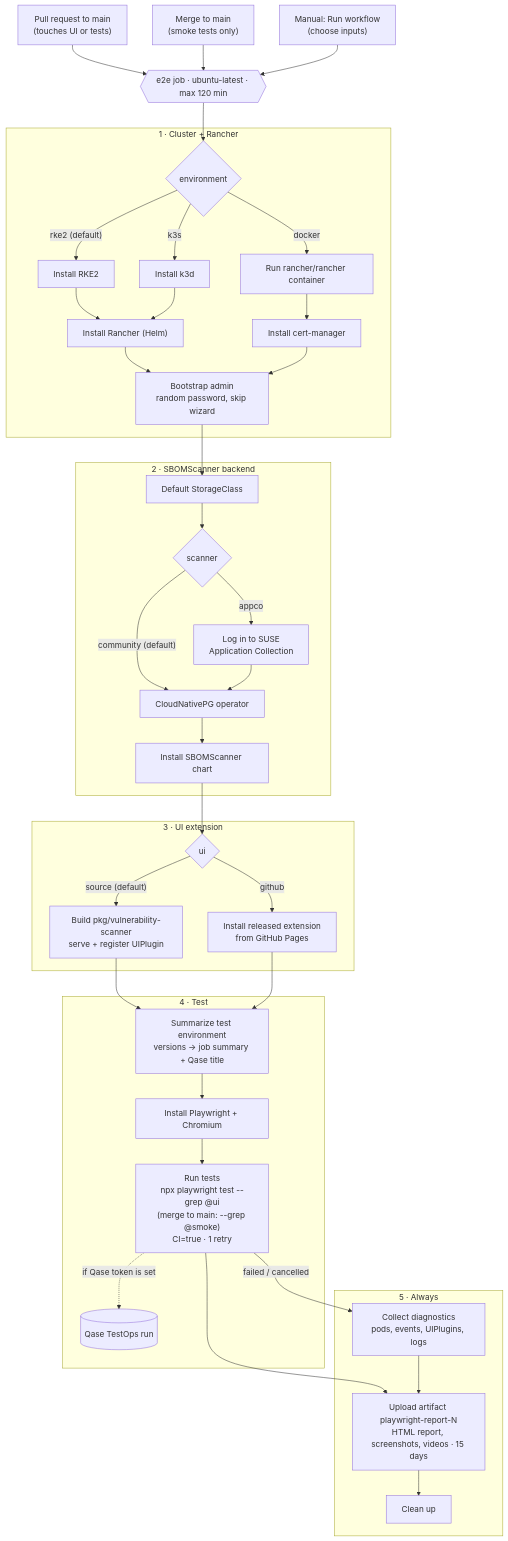
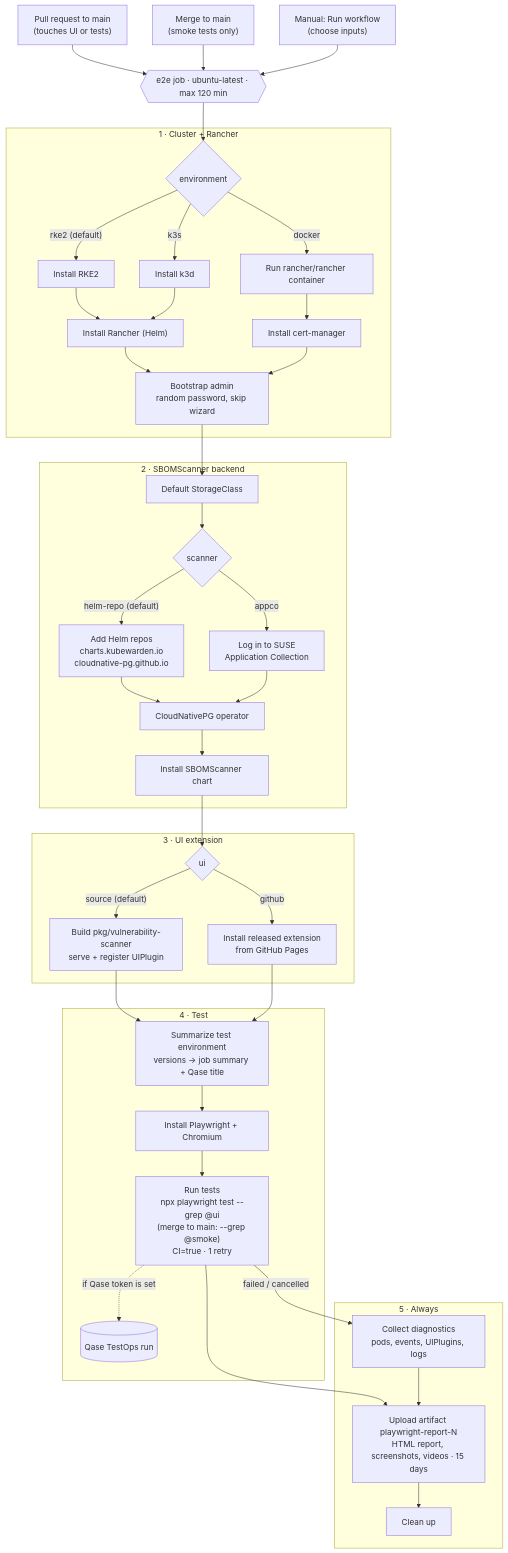
The first of 2 diagrams in tests/README.md (xingzhang-suse/security-ui-exts), drawn with Mermaid before and after one commit. The commit also changed other lines of this file and 3 other files, not shown here.

First line of the commit message:
ci(e2e): rename the scanner source "community" to "helm-repo"

````diff
--- a/tests/README.md
+++ b/tests/README.md
@@ -340,43 +340,43 @@
 ```mermaid
 flowchart TD
   T1["Pull request to main<br/>(touches UI or tests)"] --> J
   T2["Merge to main<br/>(smoke tests only)"] --> J
   T3["Manual: Run workflow<br/>(choose inputs)"] --> J
   J{{"e2e job · ubuntu-latest · max 120 min"}} --> ENV{"environment"}
 
   subgraph S1 ["1 · Cluster + Rancher"]
     ENV -- "rke2 (default)" --> RKE2["Install RKE2"] --> HELM["Install Rancher (Helm)"]
     ENV -- "k3s" --> K3D["Install k3d"] --> HELM
     ENV -- "docker" --> DOCK["Run rancher/rancher container"] --> CM["Install cert-manager"]
     HELM --> BOOT["Bootstrap admin<br/>random password, skip wizard"]
     CM --> BOOT
   end
 
   subgraph S2 ["2 · SBOMScanner backend"]
     BOOT --> SC["Default StorageClass"] --> SCAN{"scanner"}
-    SCAN -- "community (default)" --> CNPG["CloudNativePG operator"]
+    SCAN -- "helm-repo (default)" --> HREPO["Add Helm repos<br/>charts.kubewarden.io<br/>cloudnative-pg.github.io"] --> CNPG["CloudNativePG operator"]
     SCAN -- "appco" --> APPCO["Log in to SUSE<br/>Application Collection"] --> CNPG
     CNPG --> SBOM["Install SBOMScanner chart"]
   end
 
   subgraph S3 ["3 · UI extension"]
     SBOM --> UI{"ui"}
     UI -- "source (default)" --> SRC["Build pkg/vulnerability-scanner<br/>serve + register UIPlugin"]
     UI -- "github" --> GH["Install released extension<br/>from GitHub Pages"]
   end
 
   subgraph S4 ["4 · Test"]
     SRC --> SUM["Summarize test environment<br/>versions → job summary + Qase title"]
     GH --> SUM
     SUM --> PW["Install Playwright + Chromium"]
     PW --> RUN["Run tests<br/>npx playwright test --grep @ui<br/>(merge to main: --grep @smoke)<br/>CI=true · 1 retry"]
     RUN -. "if Qase token is set" .-> QASE[("Qase TestOps run")]
   end
 
   subgraph S5 ["5 · Always"]
     RUN -- "failed / cancelled" --> DIAG["Collect diagnostics<br/>pods, events, UIPlugins, logs"]
     RUN --> ART["Upload artifact playwright-report-N<br/>HTML report, screenshots, videos · 15 days"]
     DIAG --> ART
     ART --> CLEAN["Clean up"]
   end
 ```
````
